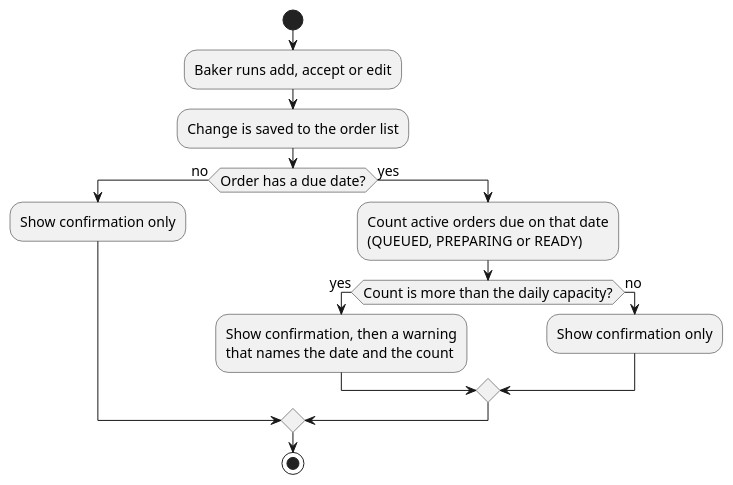
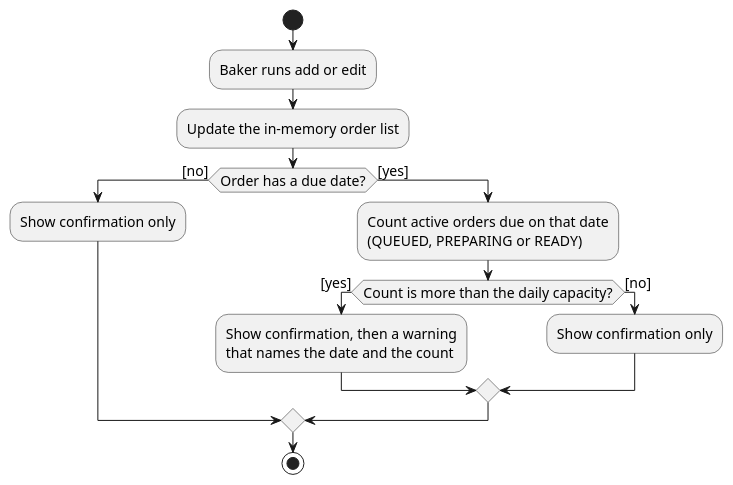
Before and after one commit to AY2627S1-CS2113-W12-1/tp: the diagram in docs/diagrams/CapacityActivity.puml, drawn with PlantUML. The commit also changed 31 other files, not shown here.

```diff
--- a/docs/diagrams/CapacityActivity.puml
+++ b/docs/diagrams/CapacityActivity.puml
@@ -1,21 +1,21 @@
 @startuml
 skinparam shadowing false
 skinparam defaultFontSize 14
 
 start
-:Baker runs add, accept or edit;
-:Change is saved to the order list;
-if (Order has a due date?) then (no)
+:Baker runs add or edit;
+:Update the in-memory order list;
+if (Order has a due date?) then ([no])
   :Show confirmation only;
-else (yes)
+else ([yes])
   :Count active orders due on that date
   (QUEUED, PREPARING or READY);
-  if (Count is more than the daily capacity?) then (yes)
+  if (Count is more than the daily capacity?) then ([yes])
     :Show confirmation, then a warning
     that names the date and the count;
-  else (no)
+  else ([no])
     :Show confirmation only;
   endif
 endif
 stop
 @enduml
```
